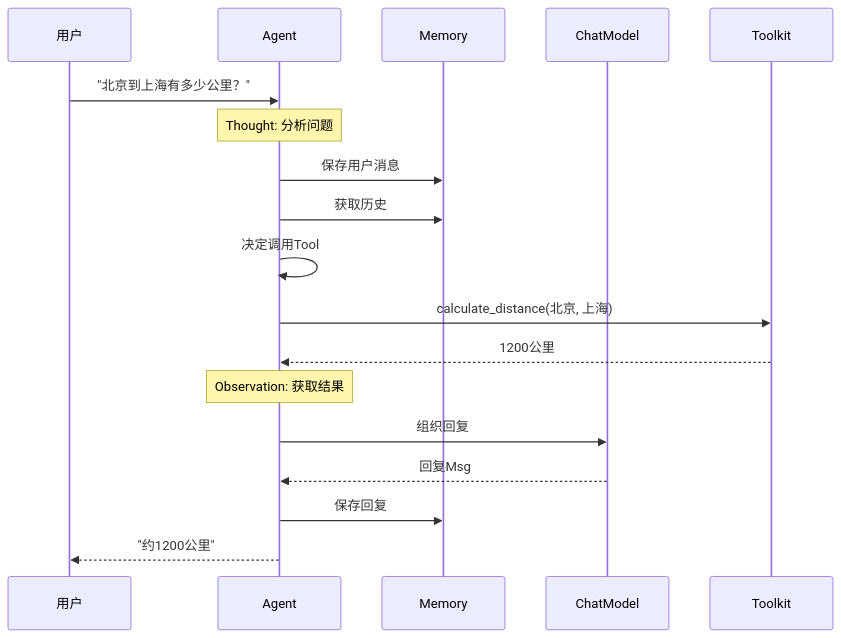
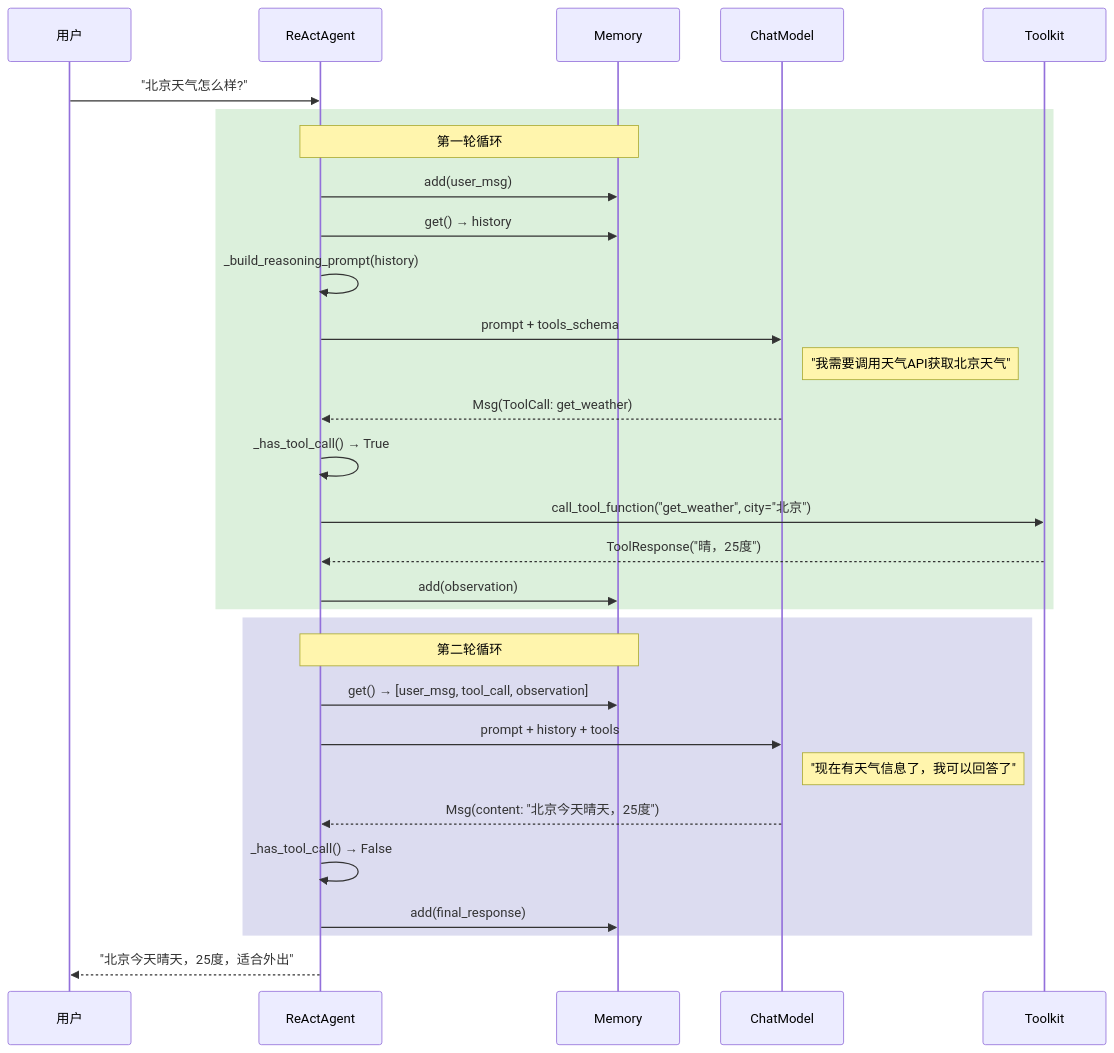
Before and after one commit to agentscope-ai/agentscope: the first of 2 diagrams in teaching/book/practice/station3_agent_brain/3-3_trace_agent_thinking.md, drawn with Mermaid. The commit also changed other lines of this file and 31 other files, not shown here.

````diff
--- a/teaching/book/practice/station3_agent_brain/3-3_trace_agent_thinking.md
+++ b/teaching/book/practice/station3_agent_brain/3-3_trace_agent_thinking.md
@@ -118,28 +275,36 @@
 ```mermaid
 sequenceDiagram
     participant User as 用户
-    participant Agent as Agent
+    participant Agent as ReActAgent
     participant Memory as Memory
     participant Model as ChatModel
-    participant Tool as Toolkit
-    
-    User->>Agent: "北京到上海有多少公里？"
-    
-    Note over Agent: Thought: 分析问题
-    
-    Agent->>Memory: 保存用户消息
-    Agent->>Memory: 获取历史
-    
-    Agent->>Agent: 决定调用Tool
-    
-    Agent->>Tool: calculate_distance(北京, 上海)
-    Tool-->>Agent: 1200公里
-    
-    Note over Agent: Observation: 获取结果
-    
-    Agent->>Model: 组织回复
-    Model-->>Agent: 回复Msg
-    
-    Agent->>Memory: 保存回复
-    Agent-->>User: "约1200公里"
+    participant Toolkit as Toolkit
+
+    User->>Agent: "北京天气怎么样?"
+
+    rect rgb(220, 240, 220)
+        Note over Agent,Memory: 第一轮循环
+        Agent->>Memory: add(user_msg)
+        Agent->>Memory: get() → history
+        Agent->>Agent: _build_reasoning_prompt(history)
+        Agent->>Model: prompt + tools_schema
+        Note right of Model: "我需要调用天气API获取北京天气"
+        Model-->>Agent: Msg(ToolCall: get_weather)
+        Agent->>Agent: _has_tool_call() → True
+        Agent->>Toolkit: call_tool_function("get_weather", city="北京")
+        Toolkit-->>Agent: ToolResponse("晴，25度")
+        Agent->>Memory: add(observation)
+    end
+
+    rect rgb(220, 220, 240)
+        Note over Agent,Memory: 第二轮循环
+        Agent->>Memory: get() → [user_msg, tool_call, observation]
+        Agent->>Model: prompt + history + tools
+        Note right of Model: "现在有天气信息了，我可以回答了"
+        Model-->>Agent: Msg(content: "北京今天晴天，25度")
+        Agent->>Agent: _has_tool_call() → False
+        Agent->>Memory: add(final_response)
+    end
+
+    Agent-->>User: "北京今天晴天，25度，适合外出"
 ```
````
